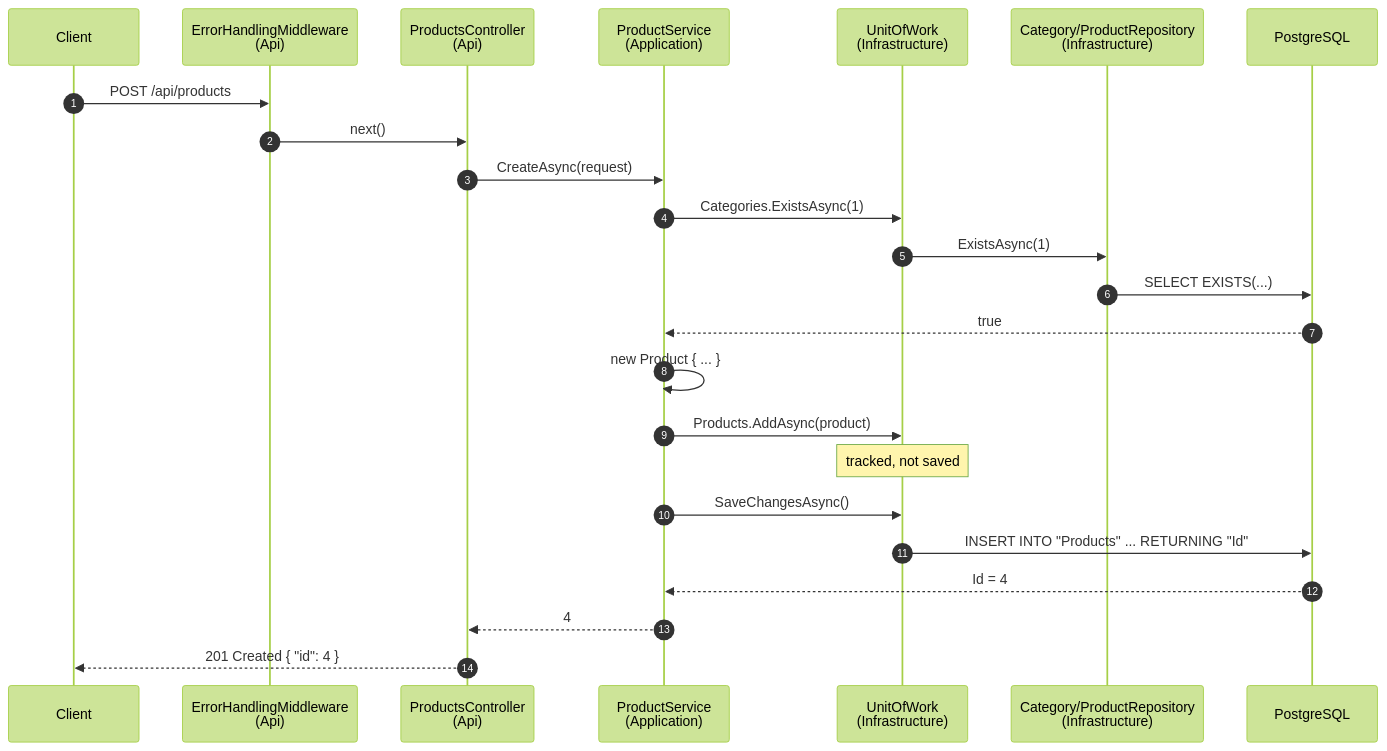
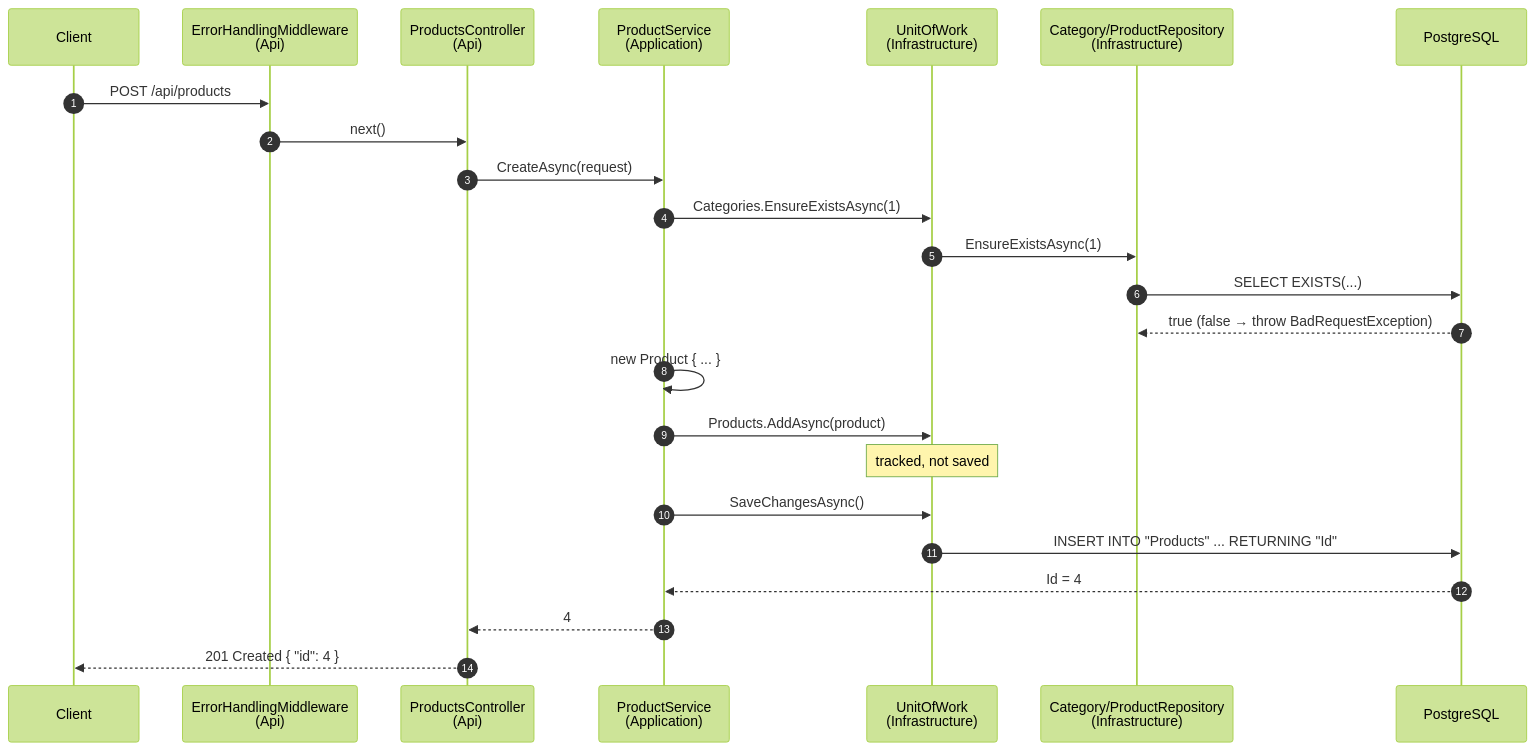
The first of 2 diagrams in docs/04-putting-it-together.md (wesamkhateeb98-creator/clean-architecture-uow-repository), drawn with Mermaid (forest theme) before and after one commit. The commit also changed 6 other files, not shown here.

Commit message:
refactor: move category existence check into CategoryRepository.EnsureExistsAsync

````diff
--- a/docs/04-putting-it-together.md
+++ b/docs/04-putting-it-together.md
@@ -6,27 +6,27 @@
 ```mermaid
 sequenceDiagram
     autonumber
     participant Client
     participant MW as ErrorHandlingMiddleware<br/>(Api)
     participant Ctrl as ProductsController<br/>(Api)
     participant Svc as ProductService<br/>(Application)
     participant UoW as UnitOfWork<br/>(Infrastructure)
     participant Repo as Category/ProductRepository<br/>(Infrastructure)
     participant DB as PostgreSQL
 
     Client->>MW: POST /api/products
     MW->>Ctrl: next()
     Ctrl->>Svc: CreateAsync(request)
-    Svc->>UoW: Categories.ExistsAsync(1)
-    UoW->>Repo: ExistsAsync(1)
+    Svc->>UoW: Categories.EnsureExistsAsync(1)
+    UoW->>Repo: EnsureExistsAsync(1)
     Repo->>DB: SELECT EXISTS(...)
-    DB-->>Svc: true
+    DB-->>Repo: true (false → throw BadRequestException)
     Svc->>Svc: new Product { ... }
     Svc->>UoW: Products.AddAsync(product)
     Note over UoW: tracked, not saved
     Svc->>UoW: SaveChangesAsync()
     UoW->>DB: INSERT INTO "Products" ... RETURNING "Id"
     DB-->>Svc: Id = 4
     Svc-->>Ctrl: 4
     Ctrl-->>Client: 201 Created  { "id": 4 }
 ```
````
